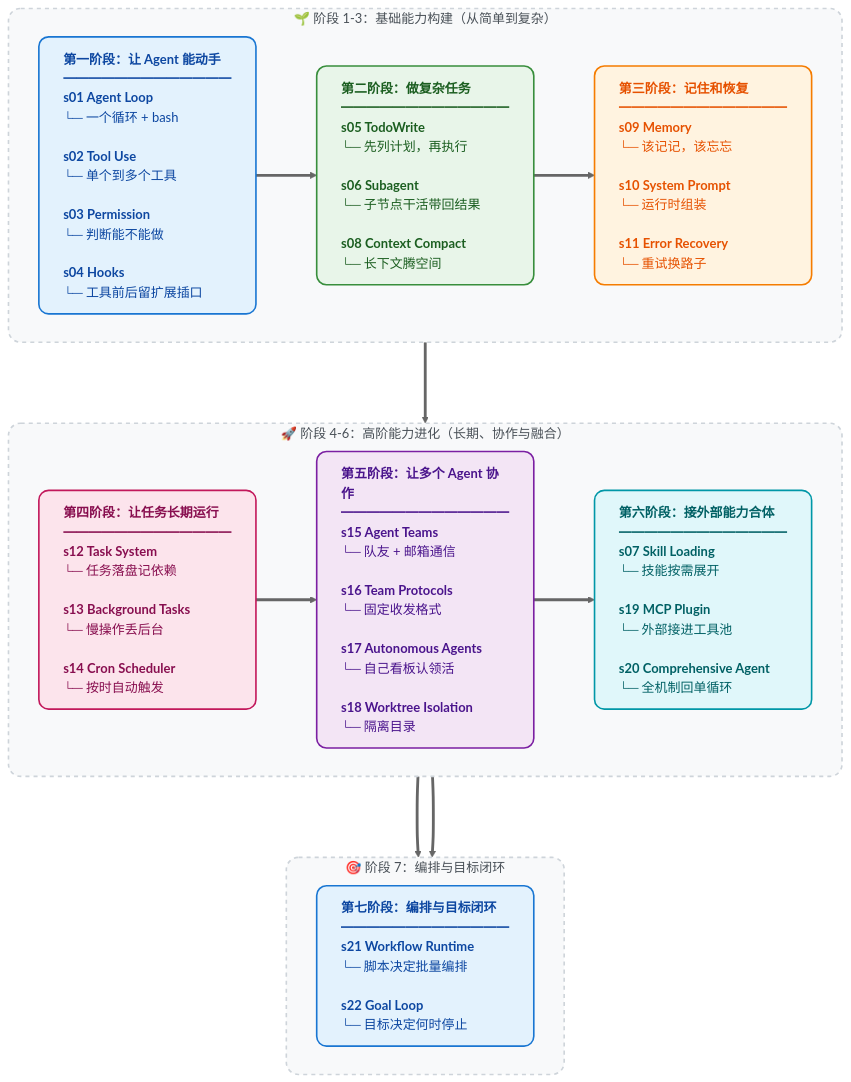
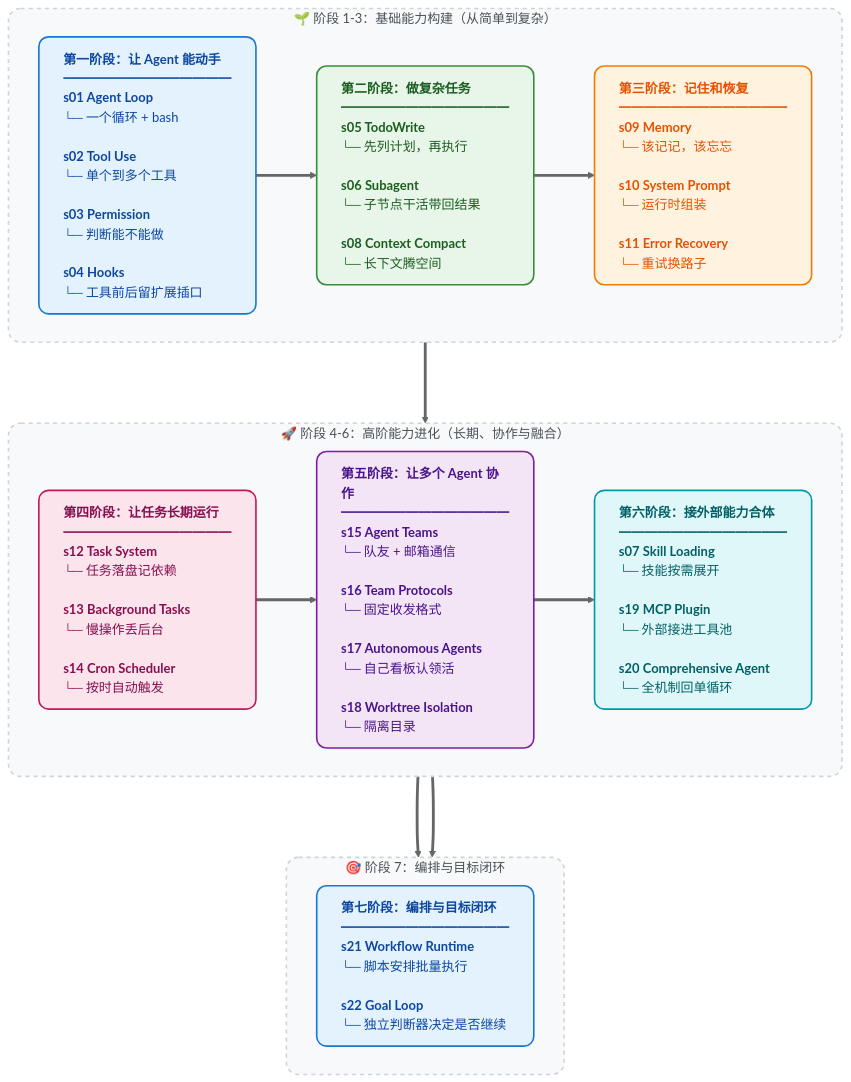
The diagram in README-zh.md (Bill-Billion/learn-claude-code), drawn with Mermaid (neutral theme) before and after one commit. The commit also changed other lines of this file and 58 other files, not shown here.

````diff
--- a/README-zh.md
+++ b/README-zh.md
@@ -317,51 +319,51 @@
 ```mermaid
 flowchart TD
     %% 统一定义卡片样式：加入 text-align:left 保证列表不会居中乱飘
     classDef stage1 fill:#E3F2FD,stroke:#1976D2,stroke-width:2px,color:#0D47A1,rx:12,ry:12,text-align:left
     classDef stage2 fill:#E8F5E9,stroke:#388E3C,stroke-width:2px,color:#1B5E20,rx:12,ry:12,text-align:left
     classDef stage3 fill:#FFF3E0,stroke:#F57C00,stroke-width:2px,color:#E65100,rx:12,ry:12,text-align:left
     classDef stage4 fill:#FCE4EC,stroke:#C2185b,stroke-width:2px,color:#880E4F,rx:12,ry:12,text-align:left
     classDef stage5 fill:#F3E5F5,stroke:#7B1FA2,stroke-width:2px,color:#4A148C,rx:12,ry:12,text-align:left
     classDef stage6 fill:#E0F7FA,stroke:#0097A7,stroke-width:2px,color:#006064,rx:12,ry:12,text-align:left
     
     %% 背景框样式
     classDef groupBox fill:#F8F9FA,stroke:#CED4DA,stroke-width:2px,stroke-dasharray: 5 5,rx:15,ry:15,color:#495057
     
     %% 第一层：1-3阶段
     subgraph Phase1 ["🌱 阶段 1-3：基础能力构建（从简单到复杂）"]
         direction LR
         S1["<b>第一阶段：让 Agent 能动手</b><br/>━━━━━━━━━━━━━<br/><b>s01 Agent Loop</b><br/>└─ 一个循环 + bash<br/><br/><b>s02 Tool Use</b><br/>└─ 单个到多个工具<br/><br/><b>s03 Permission</b><br/>└─ 判断能不能做<br/><br/><b>s04 Hooks</b><br/>└─ 工具前后留扩展插口"]:::stage1
 
         S2["<b>第二阶段：做复杂任务</b><br/>━━━━━━━━━━━━━<br/><b>s05 TodoWrite</b><br/>└─ 先列计划，再执行<br/><br/><b>s06 Subagent</b><br/>└─ 子节点干活带回结果<br/><br/><b>s08 Context Compact</b><br/>└─ 长下文腾空间"]:::stage2
 
         S3["<b>第三阶段：记住和恢复</b><br/>━━━━━━━━━━━━━<br/><b>s09 Memory</b><br/>└─ 该记记，该忘忘<br/><br/><b>s10 System Prompt</b><br/>└─ 运行时组装<br/><br/><b>s11 Error Recovery</b><br/>└─ 重试换路子"]:::stage3
 
         S1 ==> S2 ==> S3
     end
 
     %% 第二层：4-6阶段
     subgraph Phase2 ["🚀 阶段 4-6：高阶能力进化（长期、协作与融合）"]
         direction LR
         S4["<b>第四阶段：让任务长期运行</b><br/>━━━━━━━━━━━━━<br/><b>s12 Task System</b><br/>└─ 任务落盘记依赖<br/><br/><b>s13 Background Tasks</b><br/>└─ 慢操作丢后台<br/><br/><b>s14 Cron Scheduler</b><br/>└─ 按时自动触发"]:::stage4
 
         S5["<b>第五阶段：让多个 Agent 协作</b><br/>━━━━━━━━━━━━━<br/><b>s15 Agent Teams</b><br/>└─ 队友 + 邮箱通信<br/><br/><b>s16 Team Protocols</b><br/>└─ 固定收发格式<br/><br/><b>s17 Autonomous Agents</b><br/>└─ 自己看板认领活<br/><br/><b>s18 Worktree Isolation</b><br/>└─ 隔离目录"]:::stage5
 
         S6["<b>第六阶段：接外部能力合体</b><br/>━━━━━━━━━━━━━<br/><b>s07 Skill Loading</b><br/>└─ 技能按需展开<br/><br/><b>s19 MCP Plugin</b><br/>└─ 外部接进工具池<br/><br/><b>s20 Comprehensive Agent</b><br/>└─ 全机制回单循环"]:::stage6
 
         S4 ==> S5 ==> S6
     end
 
     %% 第三层：7阶段
     subgraph Phase3 ["🎯 阶段 7：编排与目标闭环"]
         direction LR
-        S7["<b>第七阶段：编排与目标闭环</b><br/>━━━━━━━━━━━━━<br/><b>s21 Workflow Runtime</b><br/>└─ 脚本决定批量编排<br/><br/><b>s22 Goal Loop</b><br/>└─ 目标决定何时停止"]:::stage1
+        S7["<b>第七阶段：编排与目标闭环</b><br/>━━━━━━━━━━━━━<br/><b>s21 Workflow Runtime</b><br/>└─ 脚本安排批量执行<br/><br/><b>s22 Goal Loop</b><br/>└─ 独立判断器决定是否继续"]:::stage1
 
         S6 ==> S7
     end
 
     %% 将模块连接起来，形成 Z 字形阅读流
     Phase1 ===> Phase2 ===> Phase3
 
     %% 应用背景样式
     class Phase1,Phase2,Phase3 groupBox
 ```
````
